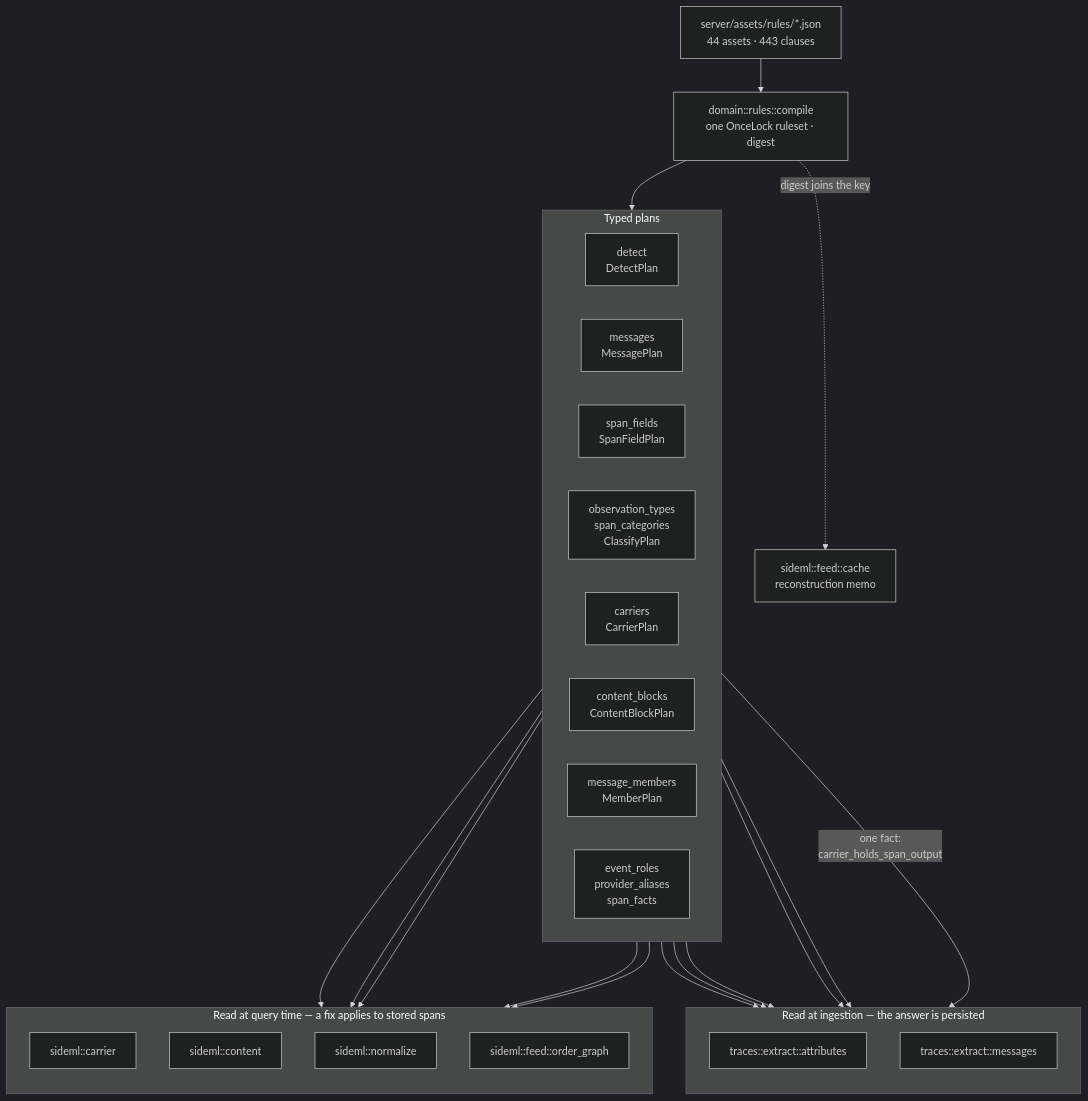
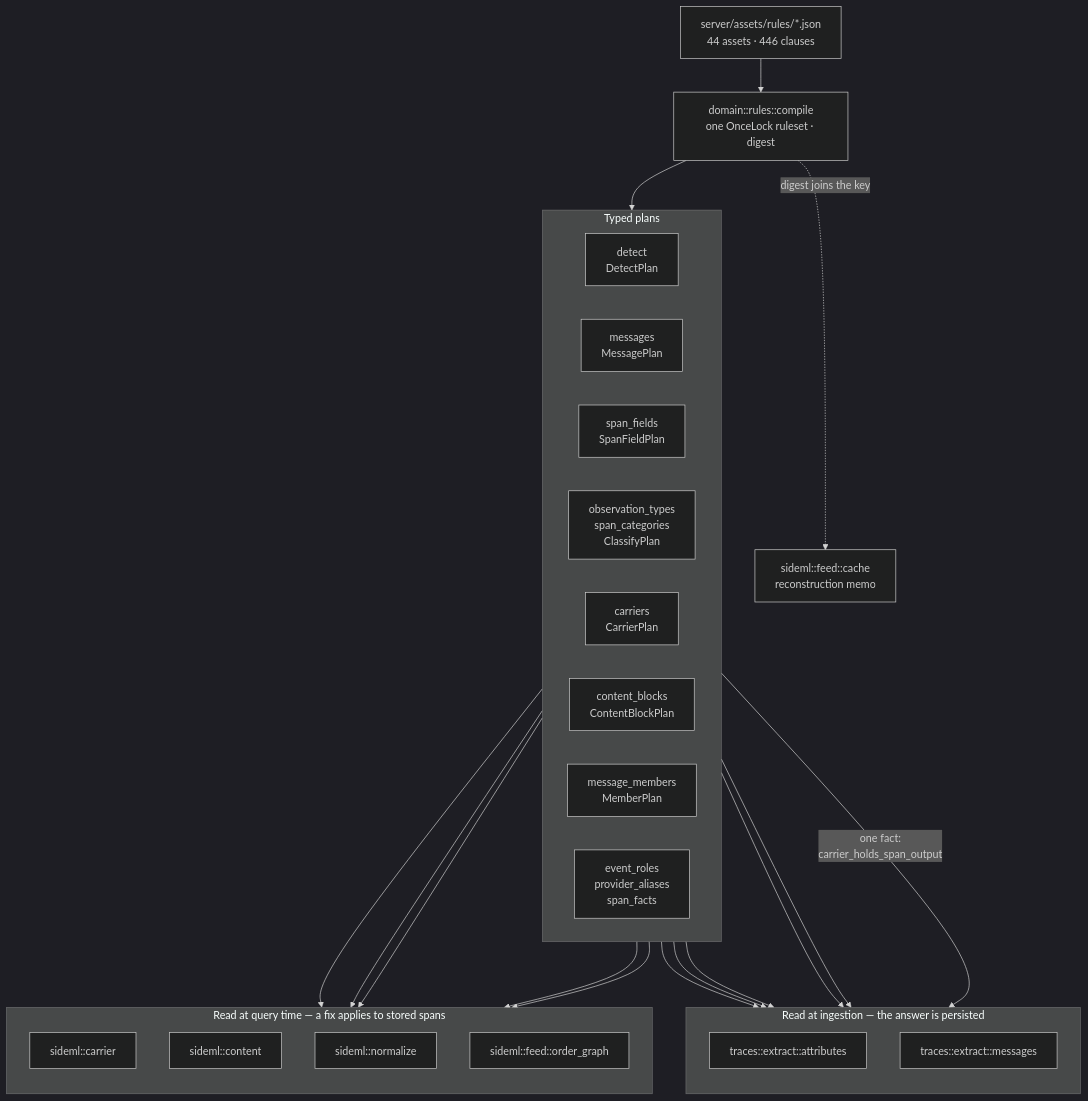
The first of 7 diagrams in docs/engineering/architecture-diagrams.md (sideseat/sideseat), drawn with Mermaid (dark theme) before and after one commit. The commit also changed other lines of this file and 21 other files, not shown here.

````diff
--- a/docs/engineering/architecture-diagrams.md
+++ b/docs/engineering/architecture-diagrams.md
@@ -18,47 +18,47 @@
 ```mermaid
 flowchart TB
-    assets["server/assets/rules/*.json<br/>44 assets · 443 clauses"]
+    assets["server/assets/rules/*.json<br/>44 assets · 446 clauses"]
     compile["domain::rules::compile<br/>one OnceLock ruleset · digest"]
     assets --> compile
 
     subgraph plans["Typed plans"]
         direction LR
         detect["detect<br/>DetectPlan"]
         messages["messages<br/>MessagePlan"]
         fields["span_fields<br/>SpanFieldPlan"]
         classify["observation_types<br/>span_categories<br/>ClassifyPlan"]
         carriers["carriers<br/>CarrierPlan"]
         blocks["content_blocks<br/>ContentBlockPlan"]
         members["message_members<br/>MemberPlan"]
         roles["event_roles<br/>provider_aliases<br/>span_facts"]
     end
     compile --> plans
 
     subgraph ingest["Read at ingestion — the answer is persisted"]
         direction TB
         attrs["traces::extract::attributes"]
         msgs["traces::extract::messages"]
     end
 
     subgraph query["Read at query time — a fix applies to stored spans"]
         direction TB
         carrier["sideml::carrier"]
         content["sideml::content"]
         normalize["sideml::normalize"]
         order["sideml::feed::order_graph"]
     end
 
     detect --> attrs
     fields --> attrs
     classify --> attrs
     roles --> attrs
     messages --> msgs
     carriers -->|"one fact:<br/>carrier_holds_span_output"| msgs
     carriers --> carrier
     carriers --> order
     blocks --> content
     members --> content
     roles --> normalize
 
     compile -. "digest joins the key" .-> cache["sideml::feed::cache<br/>reconstruction memo"]
 ```
````
